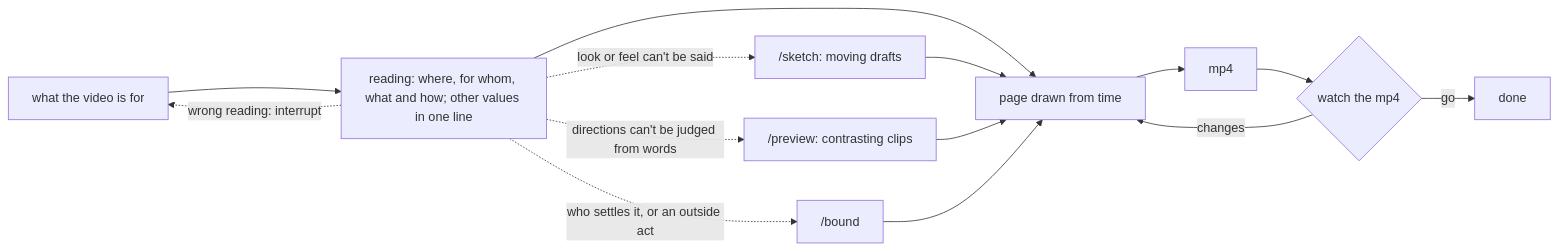
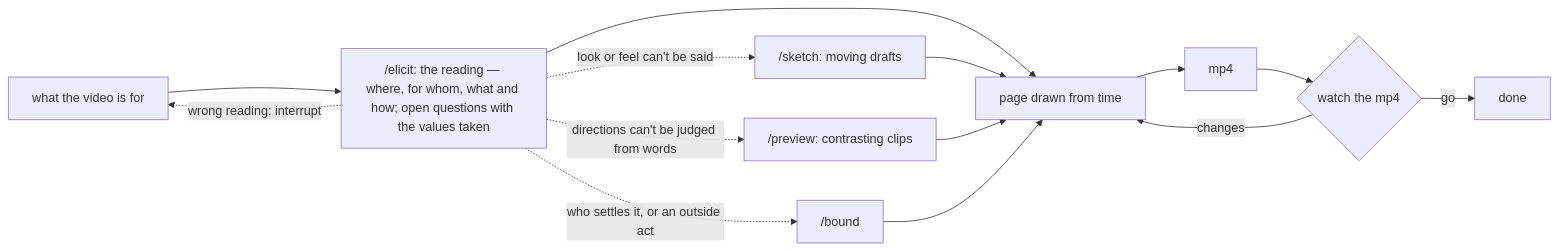
One commit to jongwony/cc-plugin changed the diagram in motion/README.md. Above: the diagram before and after it, drawn with Mermaid. The commit also changed other lines of this file and 3 other files, not shown here.

````diff
--- a/motion/README.md
+++ b/motion/README.md
@@ -5,16 +5,16 @@
 ```mermaid
 flowchart LR
-  A[what the video is for] --> B["reading: where, for whom, what and how; other values in one line"]
+  A[what the video is for] --> B["/elicit: the reading — where, for whom, what and how; open questions with the values taken"]
   B -. wrong reading: interrupt .-> A
   B --> P[page drawn from time]
   B -. look or feel can't be said .-> S["/sketch: moving drafts"]
   B -. directions can't be judged from words .-> V["/preview: contrasting clips"]
   B -. who settles it, or an outside act .-> D["/bound"]
   S --> P
   V --> P
   D --> P
   P --> M[mp4]
   M --> W{watch the mp4}
   W -- changes --> P
   W -- go --> E[done]
 ```
````
